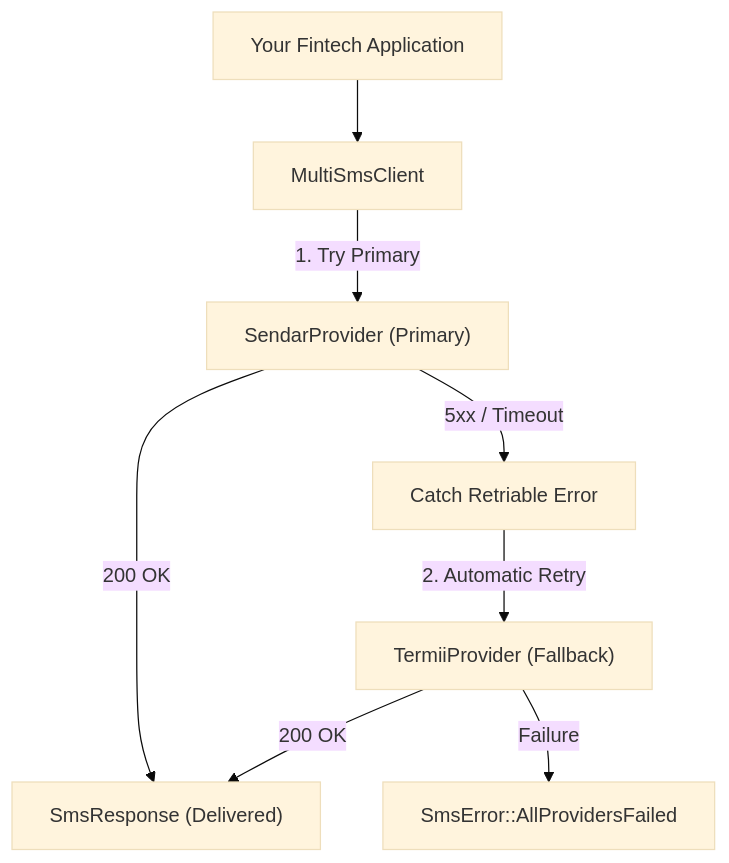
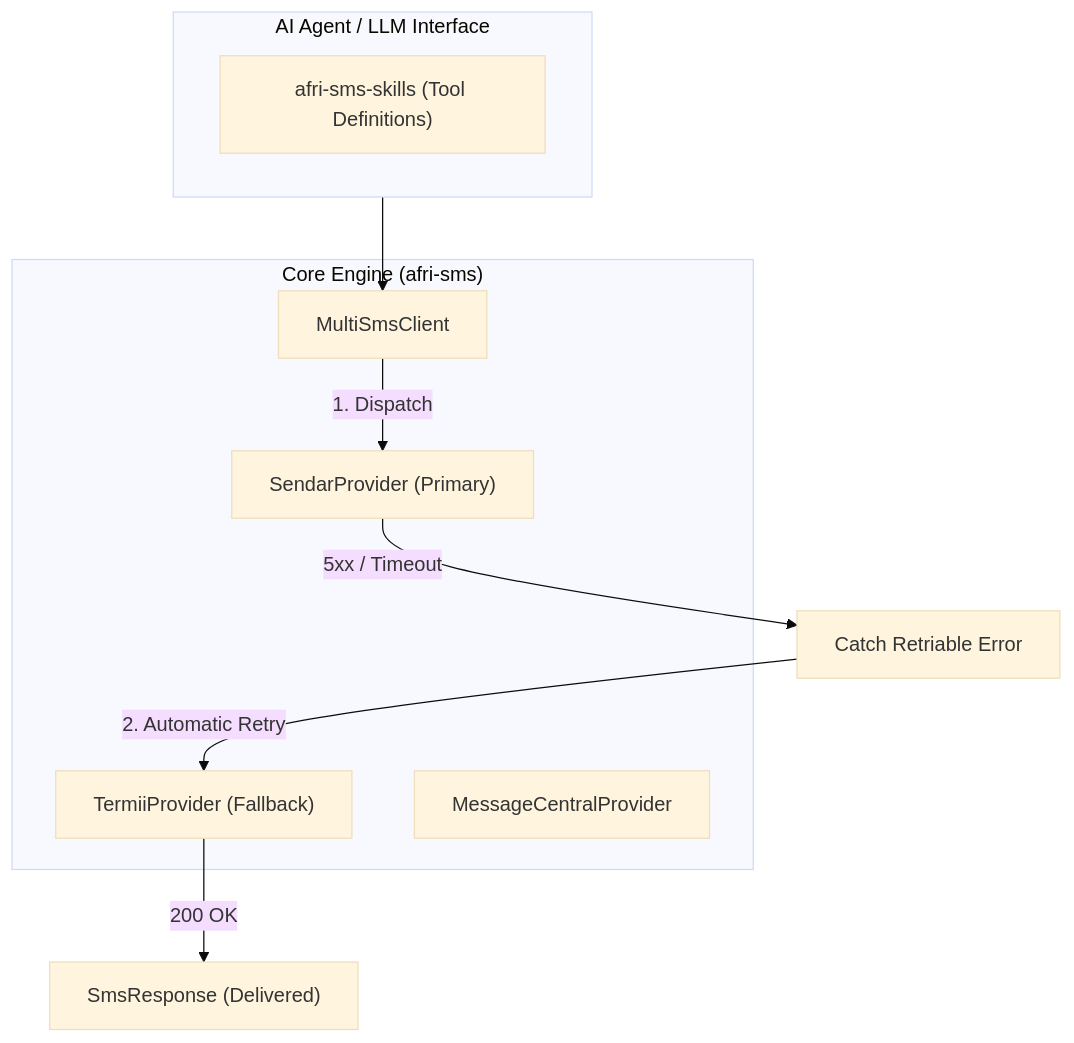
Before and after one commit to sam-c14/afri-sms: the diagram in README.md, drawn with Mermaid (base theme). The commit also changed other lines of this file and 8 other files, not shown here.

Commit message:
test(workspace): add wiremock tests, LLM agent skills, and workspace documentation

````diff
--- a/README.md
+++ b/README.md
@@ -43,10 +22,19 @@
 ```mermaid
 flowchart TD
-    App["Your Fintech Application"] --> Multi["MultiSmsClient"]
-    Multi -->|"1. Try Primary"| Sendar["SendarProvider (Primary)"]
-    Sendar -->|"200 OK"| Success["SmsResponse (Delivered)"]
-    Sendar -->|"5xx / Timeout"| FallbackTrigger["Catch Retriable Error"]
-    FallbackTrigger -->|"2. Automatic Retry"| Termii["TermiiProvider (Fallback)"]
-    Termii -->|"200 OK"| Success
-    Termii -->|"Failure"| DualFail["SmsError::AllProvidersFailed"]
+    subgraph Agent["AI Agent / LLM Interface"]
+        Skills["afri-sms-skills (Tool Definitions)"]
+    end
+
+    subgraph Core["Core Engine (afri-sms)"]
+        Multi["MultiSmsClient"]
+        Sendar["SendarProvider (Primary)"]
+        Termii["TermiiProvider (Fallback)"]
+        MC["MessageCentralProvider"]
+    end
+
+    Agent --> Multi
+    Multi -->|"1. Dispatch"| Sendar
+    Sendar -->|"5xx / Timeout"| Fallback["Catch Retriable Error"]
+    Fallback -->|"2. Automatic Retry"| Termii
+    Termii -->|"200 OK"| Success["SmsResponse (Delivered)"]
 ```
````
